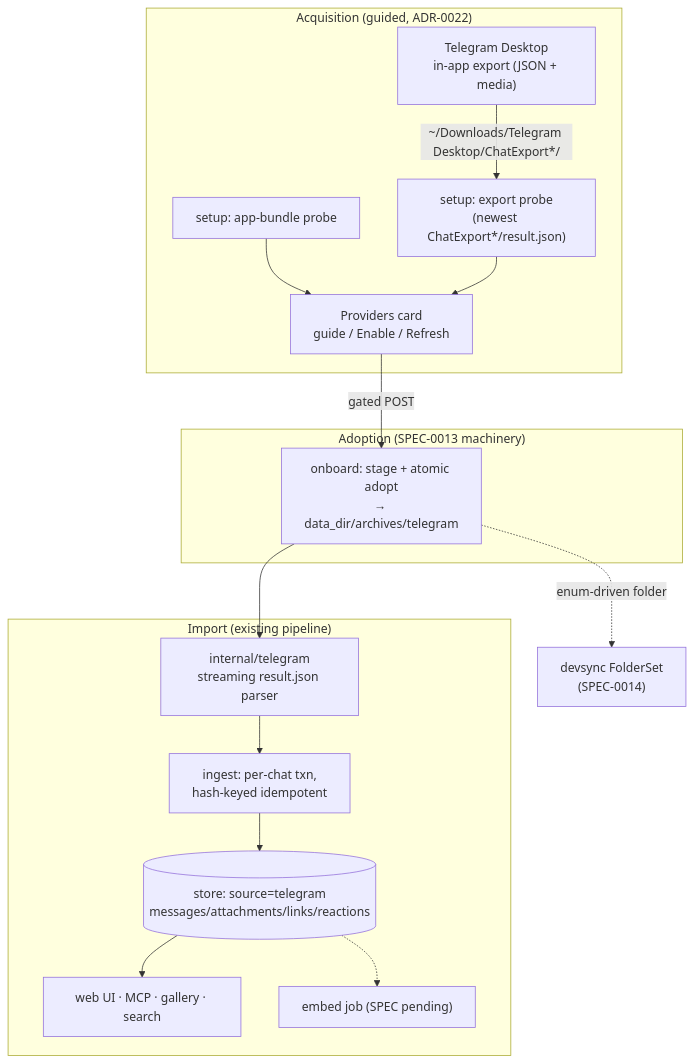
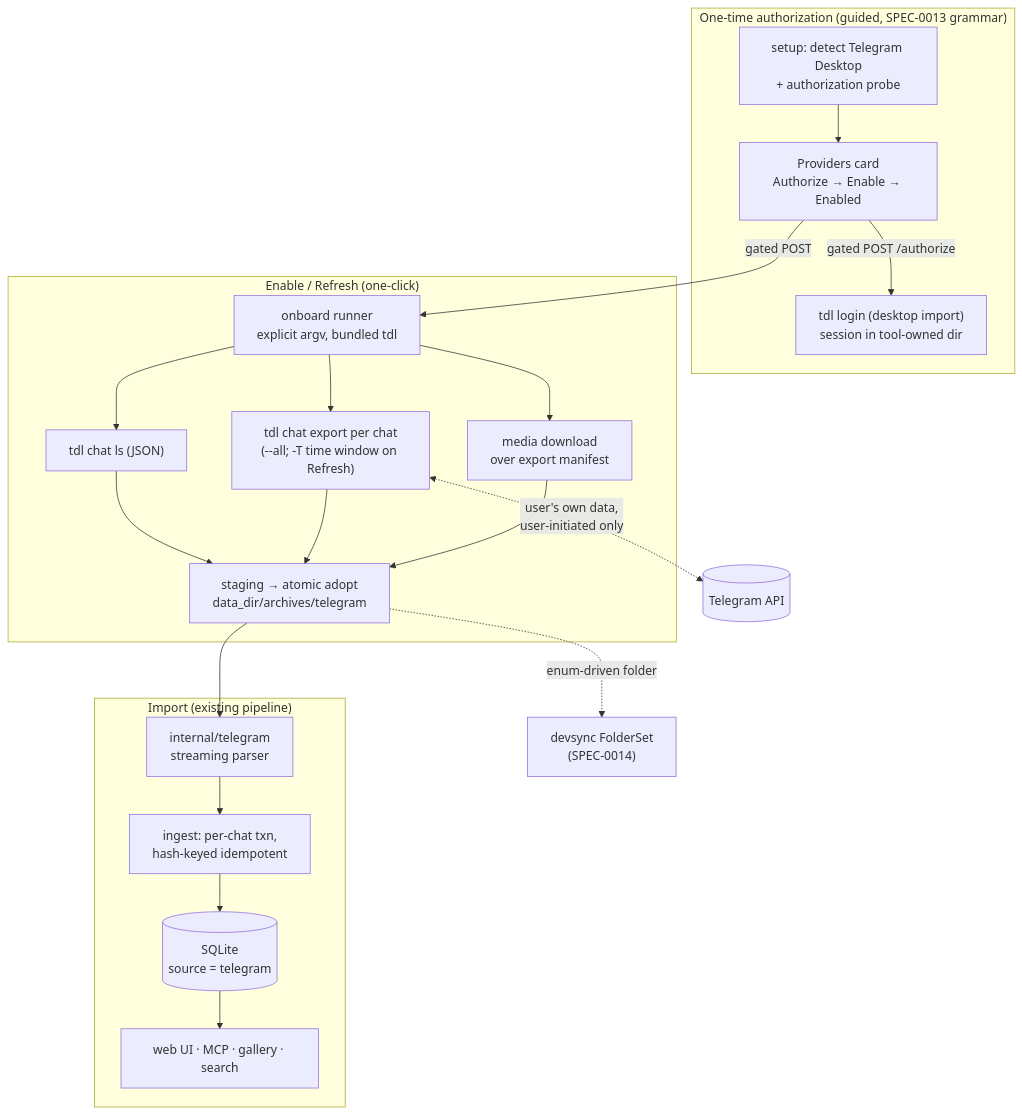
The diagram in docs/openspec/specs/telegram-source/design.md (joestump/msgbrowse), drawn with Mermaid before and after one commit. The commit also changed other lines of this file and 3 other files, not shown here.

First line of the commit message:
Rework ADR-0022/SPEC-0015: delegate Telegram extraction to tdl — msgbrowse does not write exporters

````diff
--- a/docs/openspec/specs/telegram-source/design.md
+++ b/docs/openspec/specs/telegram-source/design.md
@@ -117,20 +119,22 @@
 ```mermaid
 flowchart TD
-    subgraph acquire["Acquisition (guided, ADR-0022)"]
-        TG["Telegram Desktop<br/>in-app export (JSON + media)"] -->|"~/Downloads/Telegram Desktop/ChatExport*/"| PROBE
-        DET["setup: app-bundle probe"] --> CARD
-        PROBE["setup: export probe<br/>(newest ChatExport*/result.json)"] --> CARD
-        CARD["Providers card<br/>guide / Enable / Refresh"]
+    subgraph authorize["One-time authorization (guided, SPEC-0013 grammar)"]
+        DET["setup: detect Telegram Desktop<br/>+ authorization probe"] --> CARD["Providers card<br/>Authorize → Enable → Enabled"]
+        CARD -->|"gated POST /authorize"| LOGIN["tdl login (desktop import)<br/>session in tool-owned dir"]
     end
-    subgraph adopt["Adoption (SPEC-0013 machinery)"]
-        CARD -->|"gated POST"| STAGE["onboard: stage + atomic adopt<br/>→ data_dir/archives/telegram"]
+    subgraph acquire["Enable / Refresh (one-click)"]
+        CARD -->|"gated POST"| RUN["onboard runner<br/>explicit argv, bundled tdl"]
+        RUN --> LS["tdl chat ls (JSON)"]
+        RUN --> EXP["tdl chat export per chat<br/>(--all; -T time window on Refresh)"]
+        RUN --> DL["media download<br/>over export manifest"]
+        LS & EXP & DL --> STAGE["staging → atomic adopt<br/>data_dir/archives/telegram"]
     end
-    subgraph pipeline["Import (existing pipeline)"]
-        STAGE --> PARSE["internal/telegram<br/>streaming result.json parser"]
-        PARSE --> INGEST["ingest: per-chat txn,<br/>hash-keyed idempotent"]
-        INGEST --> STORE[("store: source=telegram<br/>messages/attachments/links/reactions")]
-        STORE --> UI["web UI · MCP · gallery · search"]
-        STORE -.-> EMBED["embed job (SPEC pending)"]
+    subgraph import["Import (existing pipeline)"]
+        STAGE --> PAR["internal/telegram<br/>streaming parser"]
+        PAR --> ING["ingest: per-chat txn,<br/>hash-keyed idempotent"]
+        ING --> DB[("SQLite<br/>source = telegram")]
+        DB --> UI["web UI · MCP · gallery · search"]
     end
-    STAGE -.->|"enum-driven folder"| SYNC["devsync FolderSet<br/>(SPEC-0014)"]
+    EXP <-. "user's own data,<br/>user-initiated only" .-> API[("Telegram API")]
+    STAGE -. "enum-driven folder" .-> SYNC["devsync FolderSet<br/>(SPEC-0014)"]
 ```
````
